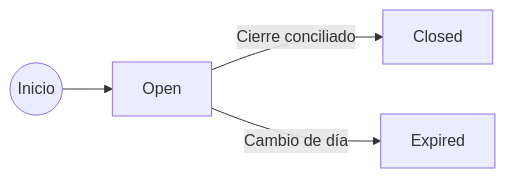
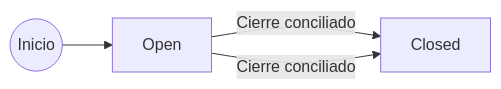
The second of 4 diagrams in docs/CashRegister.README.md (sergioocode/Restaurantes), drawn with Mermaid before and after one commit. The commit also changed other lines of this file and 11 other files, not shown here.

````diff
--- a/docs/CashRegister.README.md
+++ b/docs/CashRegister.README.md
@@ -122,6 +122,6 @@
 ```mermaid
 flowchart LR
     S((Inicio)) --> O[Open]
     O -->|Cierre conciliado| C[Closed]
-    O -->|Cambio de día| E[Expired]
+    O -->|Cierre conciliado| C[Closed]
 ```
````
